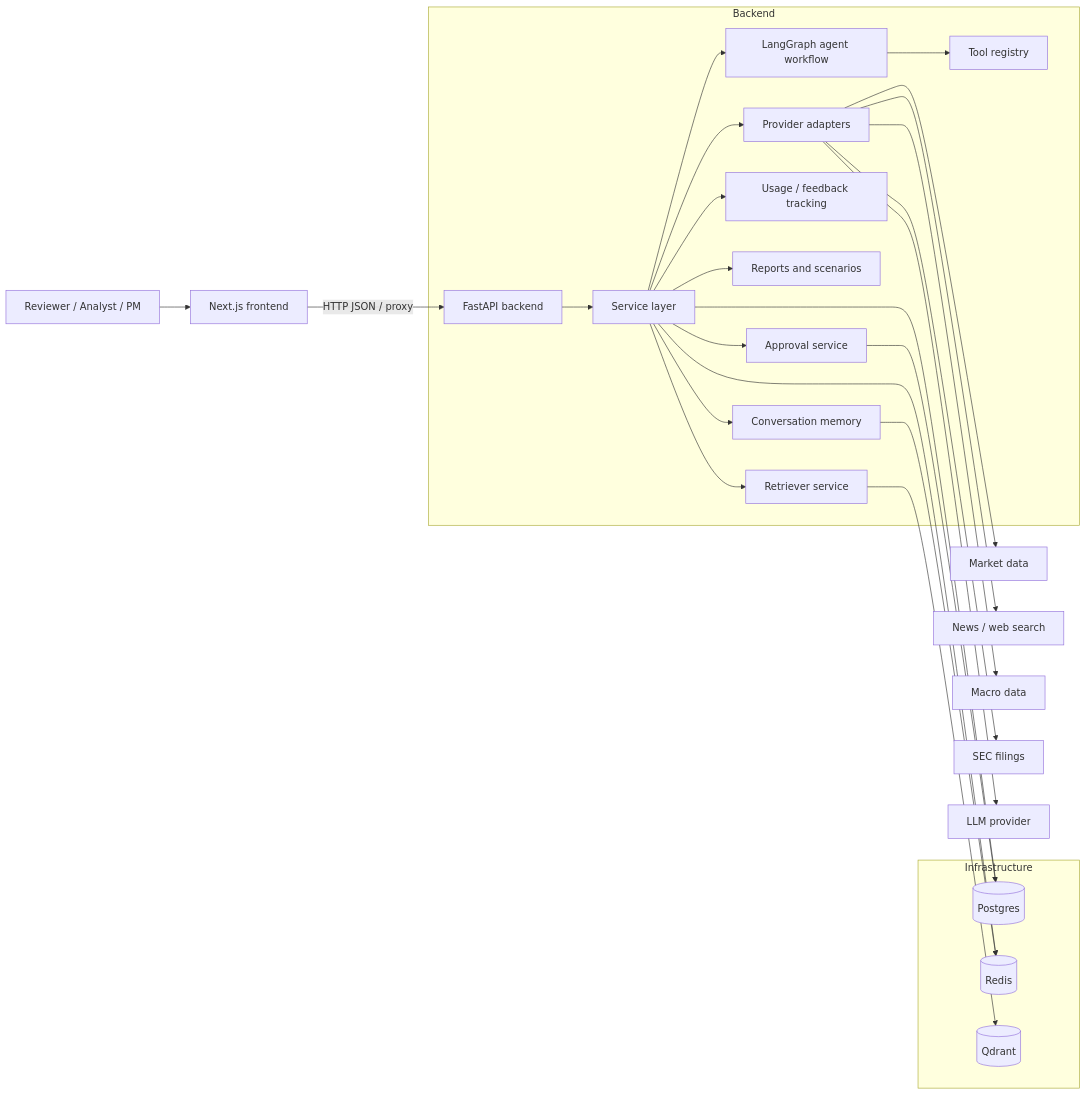
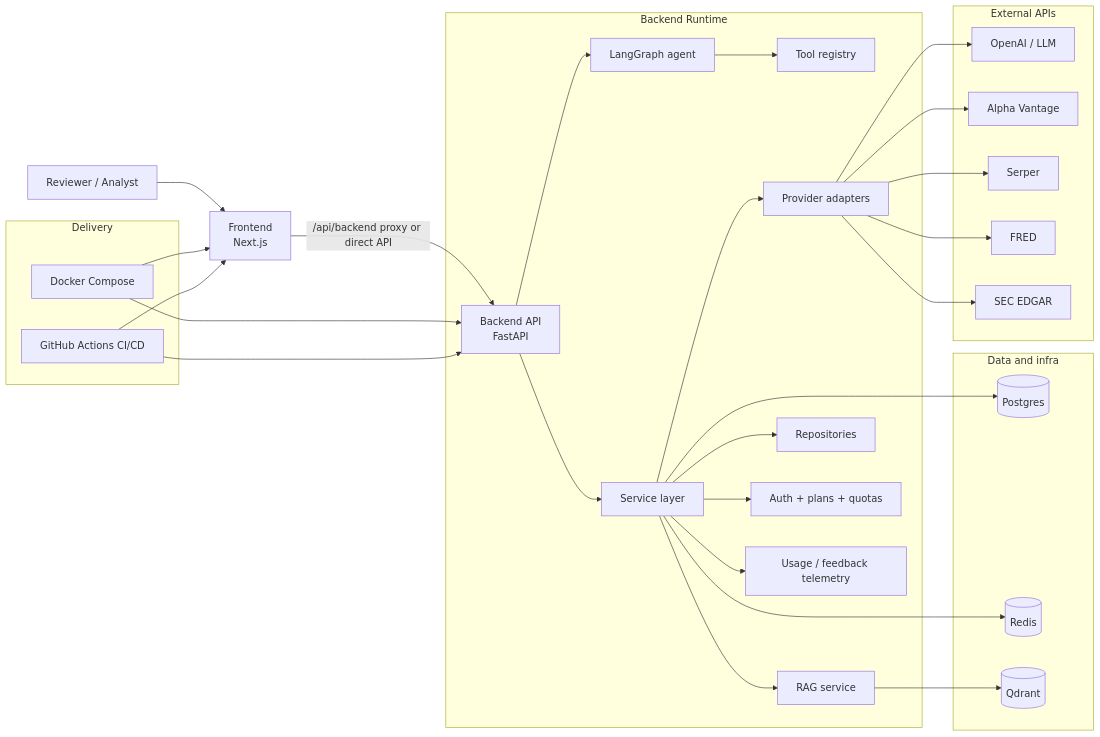
Before and after one commit to Fejjii/AlphaLens-AI: the first of 7 diagrams in docs/architecture.md, drawn with Mermaid. The commit also changed other lines of this file and 102 other files, not shown here.

````diff
--- a/docs/architecture.md
+++ b/docs/architecture.md
@@ -9,35 +9,48 @@
 ```mermaid
 flowchart LR
-    User[Reviewer / Analyst / PM] --> FE[Next.js frontend]
-    FE -->|HTTP JSON / proxy| API[FastAPI backend]
+    User[Reviewer / Analyst] --> FE[Frontend<br/>Next.js]
+    FE -->|/api/backend proxy or direct API| BE[Backend API<br/>FastAPI]
 
-    subgraph Backend
-        API --> Services[Service layer]
-        Services --> Agents[LangGraph agent workflow]
-        Agents --> Tools[Tool registry]
-        Services --> Memory[Conversation memory]
-        Services --> Usage[Usage / feedback tracking]
-        Services --> Reports[Reports and scenarios]
-        Services --> Approvals[Approval service]
+    subgraph BackendRuntime[Backend Runtime]
+        BE --> Agent[LangGraph agent]
+        BE --> Services[Service layer]
+        Agent --> Tools[Tool registry]
+        Services --> RAG[RAG service]
         Services --> Integrations[Provider adapters]
-        Services --> RAG[Retriever service]
+        Services --> Repos[Repositories]
+        Services --> AuthPlan[Auth + plans + quotas]
+        Services --> Usage[Usage / feedback telemetry]
     end
 
-    subgraph Infra[Infrastructure]
-        Postgres[(Postgres)]
-        Redis[(Redis)]
-        Qdrant[(Qdrant)]
+    subgraph DataInfra[Data and infra]
+        PG[(Postgres)]
+        RD[(Redis)]
+        QD[(Qdrant)]
     end
 
-    Integrations --> Market[Market data]
-    Integrations --> Search[News / web search]
-    Integrations --> Macro[Macro data]
-    Integrations --> SEC[SEC filings]
-    Integrations --> LLM[LLM provider]
+    subgraph External[External APIs]
+        OA[OpenAI / LLM]
+        AV[Alpha Vantage]
+        SP[Serper]
+        FR[FRED]
+        SEC[SEC EDGAR]
+    end
 
-    Services --> Postgres
-    Services --> Redis
-    Memory --> Redis
-    RAG --> Qdrant
-    Approvals --> Postgres
+    Services --> PG
+    Services --> RD
+    RAG --> QD
+    Integrations --> OA
+    Integrations --> AV
+    Integrations --> SP
+    Integrations --> FR
+    Integrations --> SEC
+
+    subgraph Ops[Delivery]
+        DK[Docker Compose]
+        CI[GitHub Actions CI/CD]
+    end
+    DK --> FE
+    DK --> BE
+    CI --> FE
+    CI --> BE
 ```
````
